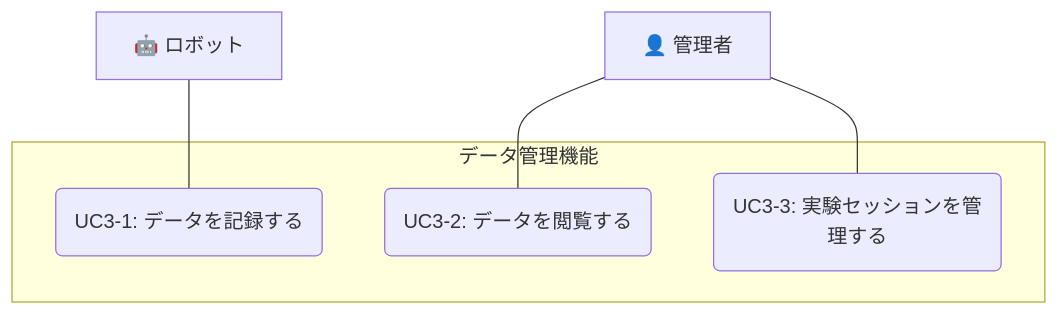
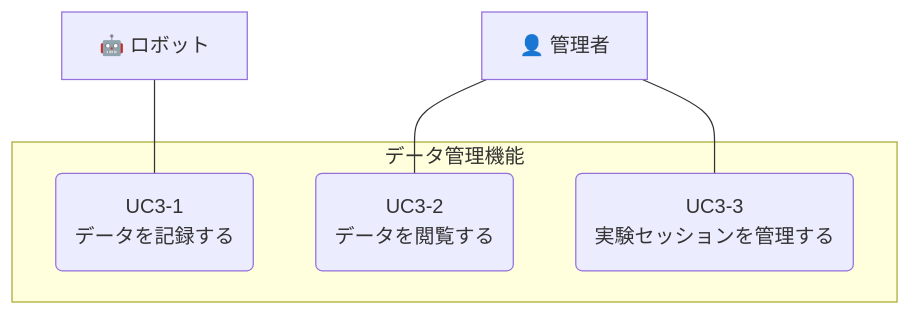
The diagram in docs/20_usecases/UC03_data_management/index.md (RikuHayakawa/robot-cloud-system-spec), drawn with Mermaid before and after one commit. The commit also changed other lines of this file and 31 other files, not shown here.

````diff
--- a/docs/20_usecases/UC03_data_management/index.md
+++ b/docs/20_usecases/UC03_data_management/index.md
@@ -19,15 +27,14 @@
 ```mermaid
 graph TD
+    Admin["👤 管理者"]
     Robot["🤖 ロボット"]
-    Admin["👤 管理者"]
-
-    subgraph "データ管理機能"
-        UC1(UC3-1: データを記録する)
-        UC2(UC3-2: データを閲覧する)
-        UC3(UC3-3: 実験セッションを管理する)
+    subgraph データ管理機能
+        UC1(UC3-1<br>データを記録する)
+        UC2(UC3-2<br>データを閲覧する)
+        UC3(UC3-3<br>実験セッションを管理する)
     end
 
     Robot --- UC1
     Admin --- UC2
     Admin --- UC3
 ```
````
